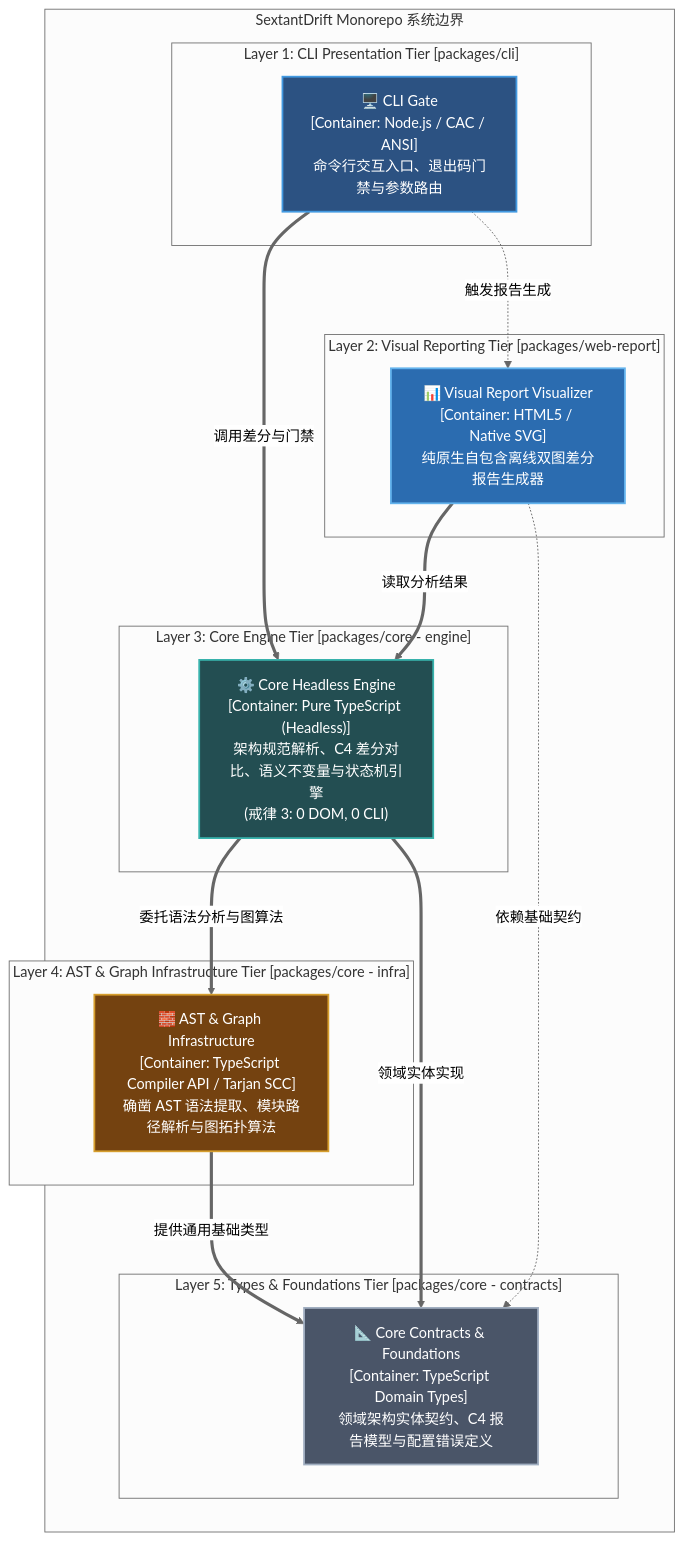
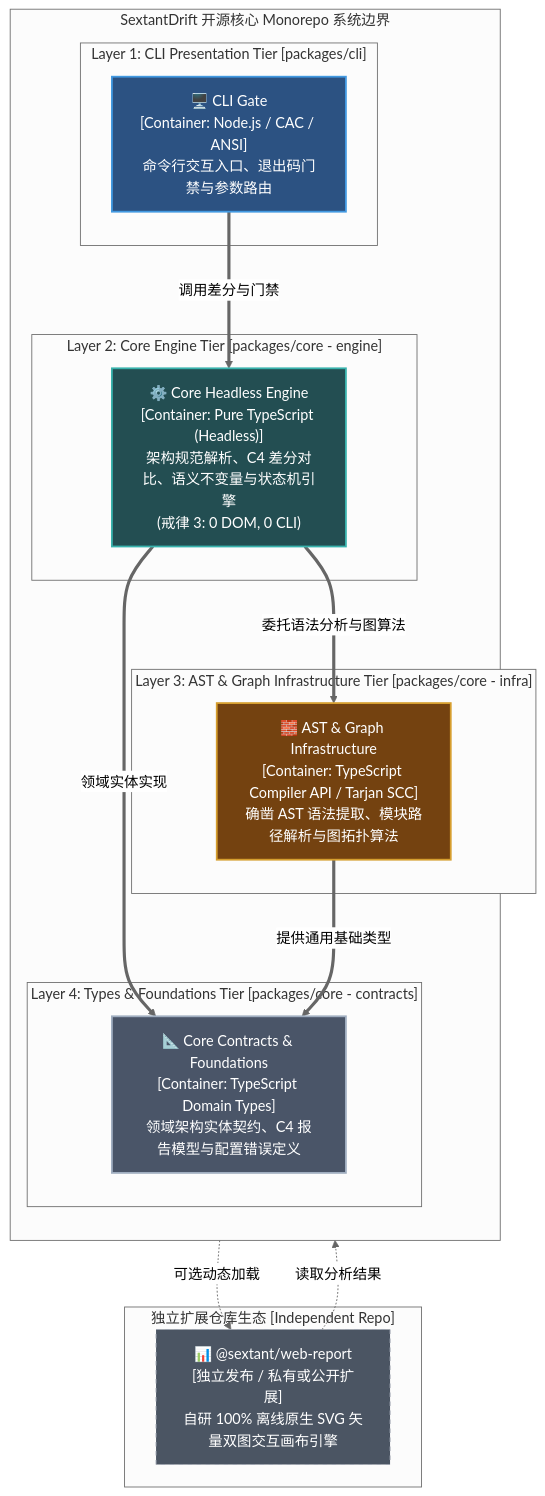
The second of 5 diagrams in ARCHITECTURE.md (blacktea1526/SextantDrift), drawn with Mermaid (neutral theme) before and after one commit. The commit also changed other lines of this file and 73 other files, not shown here.

Commit message:
feat(core,cli): enhance barrel tracing, ts-extends resolution, offline reports, and security hardening

````diff
--- a/ARCHITECTURE.md
+++ b/ARCHITECTURE.md
@@ -52,40 +52,40 @@
 ```mermaid
 flowchart TD
     classDef c1 fill:#2C5282,stroke:#4299E1,stroke-width:2px,color:#FFFFFF;
-    classDef c2 fill:#2B6CB0,stroke:#63B3ED,stroke-width:2px,color:#FFFFFF;
-    classDef c3 fill:#234E52,stroke:#38B2AC,stroke-width:2px,color:#FFFFFF;
-    classDef c4 fill:#744210,stroke:#D69E2E,stroke-width:2px,color:#FFFFFF;
-    classDef c5 fill:#4A5568,stroke:#A0AEC0,stroke-width:2px,color:#FFFFFF;
+    classDef c2 fill:#234E52,stroke:#38B2AC,stroke-width:2px,color:#FFFFFF;
+    classDef c3 fill:#744210,stroke:#D69E2E,stroke-width:2px,color:#FFFFFF;
+    classDef c4 fill:#4A5568,stroke:#A0AEC0,stroke-width:2px,color:#FFFFFF;
+    classDef cExt fill:#4B5563,stroke:#9CA3AF,stroke-dasharray: 5 5,color:#FFFFFF;
 
-    subgraph MonorepoBoundary ["SextantDrift Monorepo 系统边界"]
+    subgraph MonorepoBoundary ["SextantDrift 开源核心 Monorepo 系统边界"]
         direction TB
 
         subgraph L1 ["Layer 1: CLI Presentation Tier [packages/cli]"]
             CLI["🖥️ CLI Gate\n[Container: Node.js / CAC / ANSI]\n命令行交互入口、退出码门禁与参数路由"]:::c1
         end
 
-        subgraph L2 ["Layer 2: Visual Reporting Tier [packages/web-report]"]
-            Reporting["📊 Visual Report Visualizer\n[Container: HTML5 / Native SVG]\n纯原生自包含离线双图差分报告生成器"]:::c2
+        subgraph L2 ["Layer 2: Core Engine Tier [packages/core - engine]"]
+            Engine["⚙️ Core Headless Engine\n[Container: Pure TypeScript (Headless)]\n架构规范解析、C4 差分对比、语义不变量与状态机引擎\n(戒律 3: 0 DOM, 0 CLI)"]:::c2
         end
 
-        subgraph L3 ["Layer 3: Core Engine Tier [packages/core - engine]"]
-            Engine["⚙️ Core Headless Engine\n[Container: Pure TypeScript (Headless)]\n架构规范解析、C4 差分对比、语义不变量与状态机引擎\n(戒律 3: 0 DOM, 0 CLI)"]:::c3
+        subgraph L3 ["Layer 3: AST & Graph Infrastructure Tier [packages/core - infra]"]
+            Infra["🧱 AST & Graph Infrastructure\n[Container: TypeScript Compiler API / Tarjan SCC]\n确凿 AST 语法提取、模块路径解析与图拓扑算法"]:::c3
         end
 
-        subgraph L4 ["Layer 4: AST & Graph Infrastructure Tier [packages/core - infra]"]
-            Infra["🧱 AST & Graph Infrastructure\n[Container: TypeScript Compiler API / Tarjan SCC]\n确凿 AST 语法提取、模块路径解析与图拓扑算法"]:::c4
-        end
-
-        subgraph L5 ["Layer 5: Types & Foundations Tier [packages/core - contracts]"]
-            Contracts["📐 Core Contracts & Foundations\n[Container: TypeScript Domain Types]\n领域架构实体契约、C4 报告模型与配置错误定义"]:::c5
+        subgraph L4 ["Layer 4: Types & Foundations Tier [packages/core - contracts]"]
+            Contracts["📐 Core Contracts & Foundations\n[Container: TypeScript Domain Types]\n领域架构实体契约、C4 报告模型与配置错误定义"]:::c4
         end
 
         CLI ==>|"调用差分与门禁"| Engine
-        CLI -.->|"触发报告生成"| Reporting
-        Reporting ==>|"读取分析结果"| Engine
-        Reporting -.->|"依赖基础契约"| Contracts
         Engine ==>|"委托语法分析与图算法"| Infra
         Engine ==>|"领域实体实现"| Contracts
         Infra ==>|"提供通用基础类型"| Contracts
     end
+
+    subgraph ExternalEcosystem ["独立扩展仓库生态 [Independent Repo]"]
+        WebReport["📊 @sextant/web-report\n[独立发布 / 私有或公开扩展]\n自研 100% 离线原生 SVG 矢量双图交互画布引擎"]:::cExt
+    end
+
+    CLI -.->|"可选动态加载"| WebReport
+    WebReport -.->|"读取分析结果"| Engine
 ```
````
